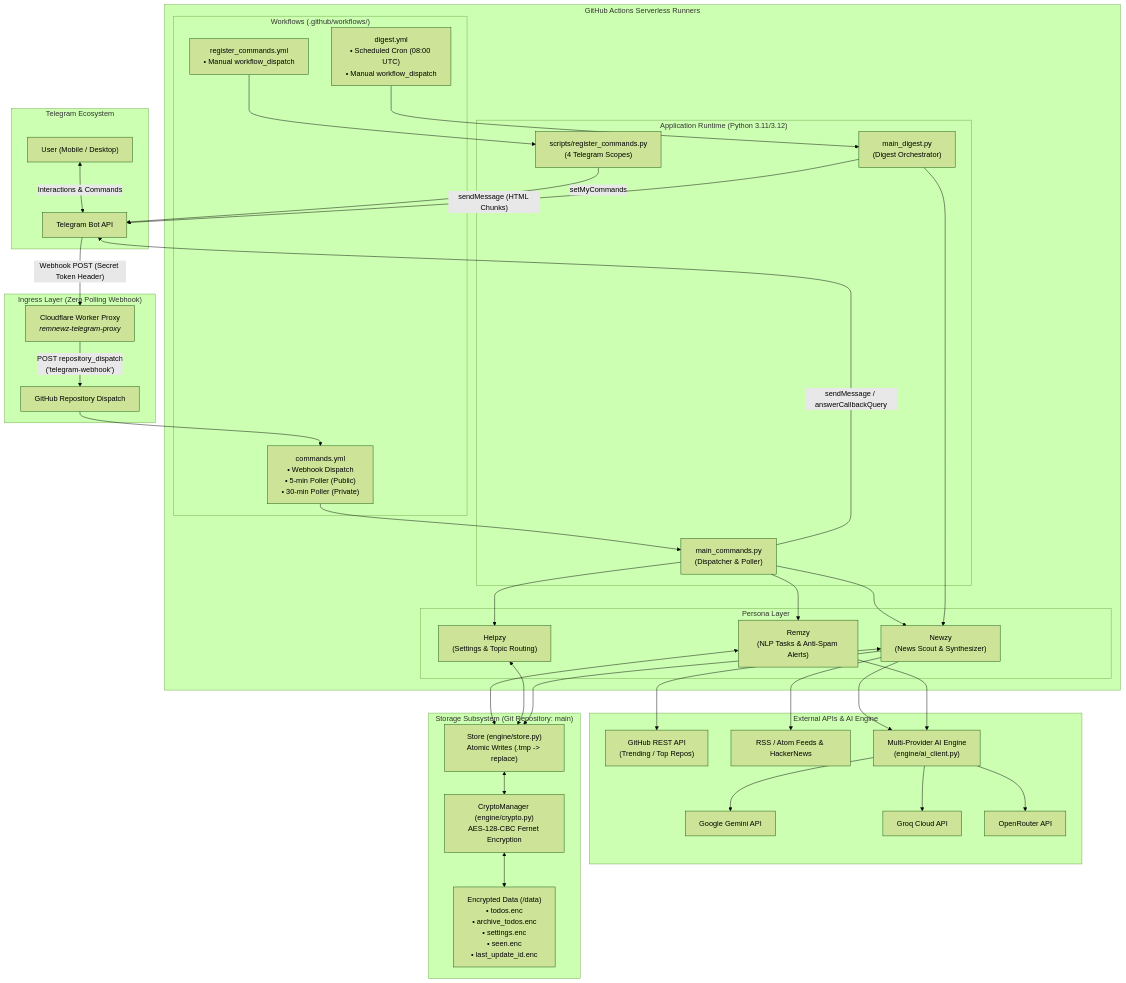
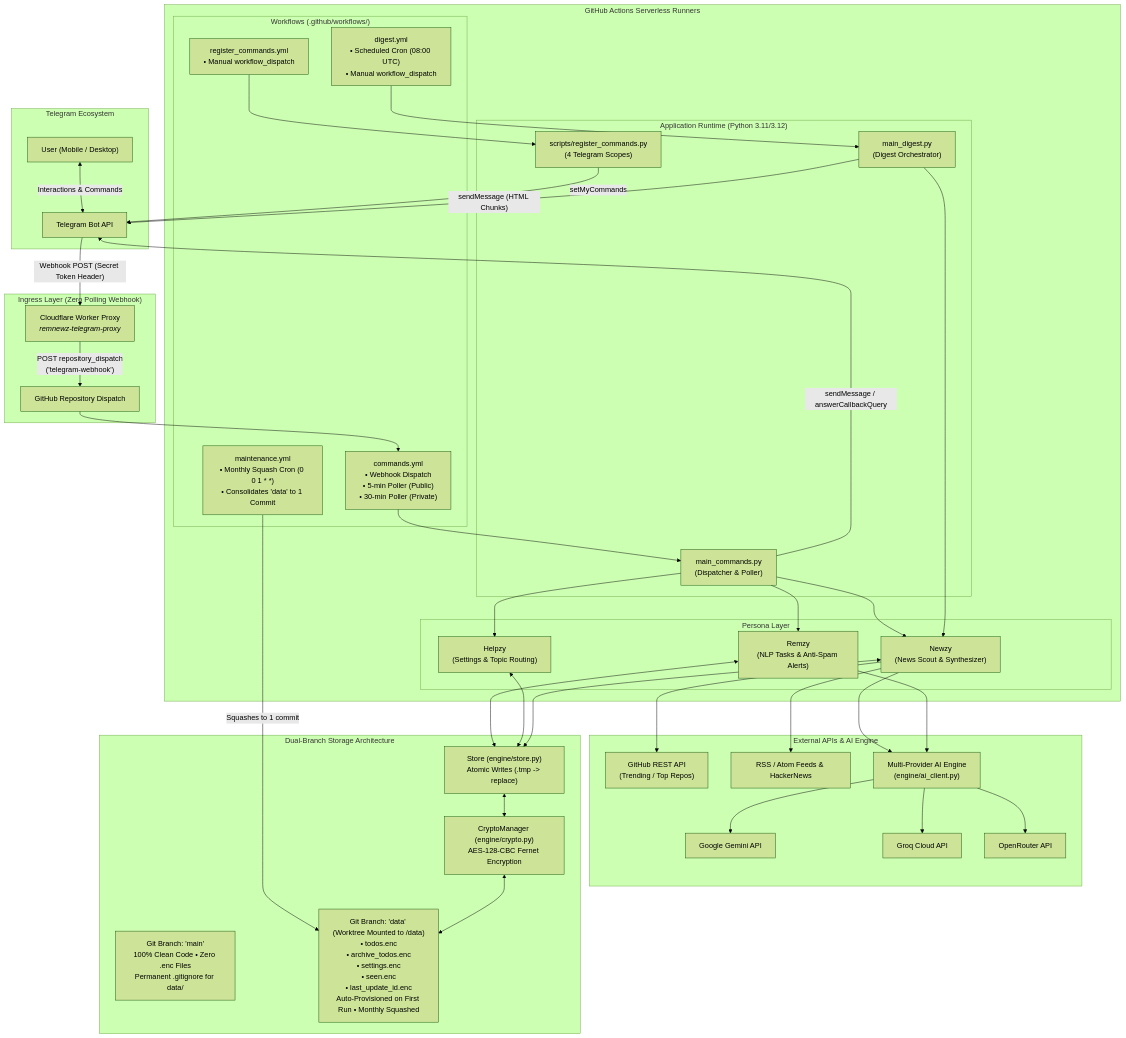
Before and after one commit to joydeepd900/RemNewz: the first of 7 diagrams in Project Docs/structures.md, drawn with Mermaid (forest theme). The commit also changed other lines of this file and 14 other files, not shown here.

Commit message:
feat: separate data storage onto dedicated branch with monthly squash maintenance

```diff
--- a/Project Docs/structures.md
+++ b/Project Docs/structures.md
@@ -27,6 +27,7 @@
             WF_CMD["commands.yml<br/>• Webhook Dispatch<br/>• 5-min Poller (Public)<br/>• 30-min Poller (Private)"]
             WF_DIGEST["digest.yml<br/>• Scheduled Cron (08:00 UTC)<br/>• Manual workflow_dispatch"]
             WF_REG["register_commands.yml<br/>• Manual workflow_dispatch"]
+            WF_MAINT["maintenance.yml<br/>• Monthly Squash Cron (0 0 1 * *)<br/>• Consolidates 'data' to 1 Commit"]
         end
 
         subgraph CoreApp["Application Runtime (Python 3.11/3.12)"]
@@ -70,17 +71,19 @@
         REMZY --> AI_ENGINE
     end
 
-    subgraph Persistence["Storage Subsystem (Git Repository: main)"]
+    subgraph Persistence["Dual-Branch Storage Architecture"]
         CRYPTO["CryptoManager (engine/crypto.py)<br/>AES-128-CBC Fernet Encryption"]
         STORE["Store (engine/store.py)<br/>Atomic Writes (.tmp -> replace)"]
         
-        DATA_ENC["Encrypted Data (/data)<br/>• todos.enc<br/>• archive_todos.enc<br/>• settings.enc<br/>• seen.enc<br/>• last_update_id.enc"]
+        BRANCH_MAIN["Git Branch: 'main'<br/>100% Clean Code • Zero .enc Files<br/>Permanent .gitignore for data/"]
+        BRANCH_DATA["Git Branch: 'data' (Worktree Mounted to /data)<br/>• todos.enc<br/>• archive_todos.enc<br/>• settings.enc<br/>• seen.enc<br/>• last_update_id.enc<br/>Auto-Provisioned on First Run • Monthly Squashed"]
         
+        WF_MAINT -->|"Squashes to 1 commit"| BRANCH_DATA
         REMZY <--> STORE
         HELPZY <--> STORE
         NEWZY <--> STORE
         STORE <--> CRYPTO
-        CRYPTO <--> DATA_ENC
+        CRYPTO <--> BRANCH_DATA
     end
 
     GH_DISPATCH --> WF_CMD
```
